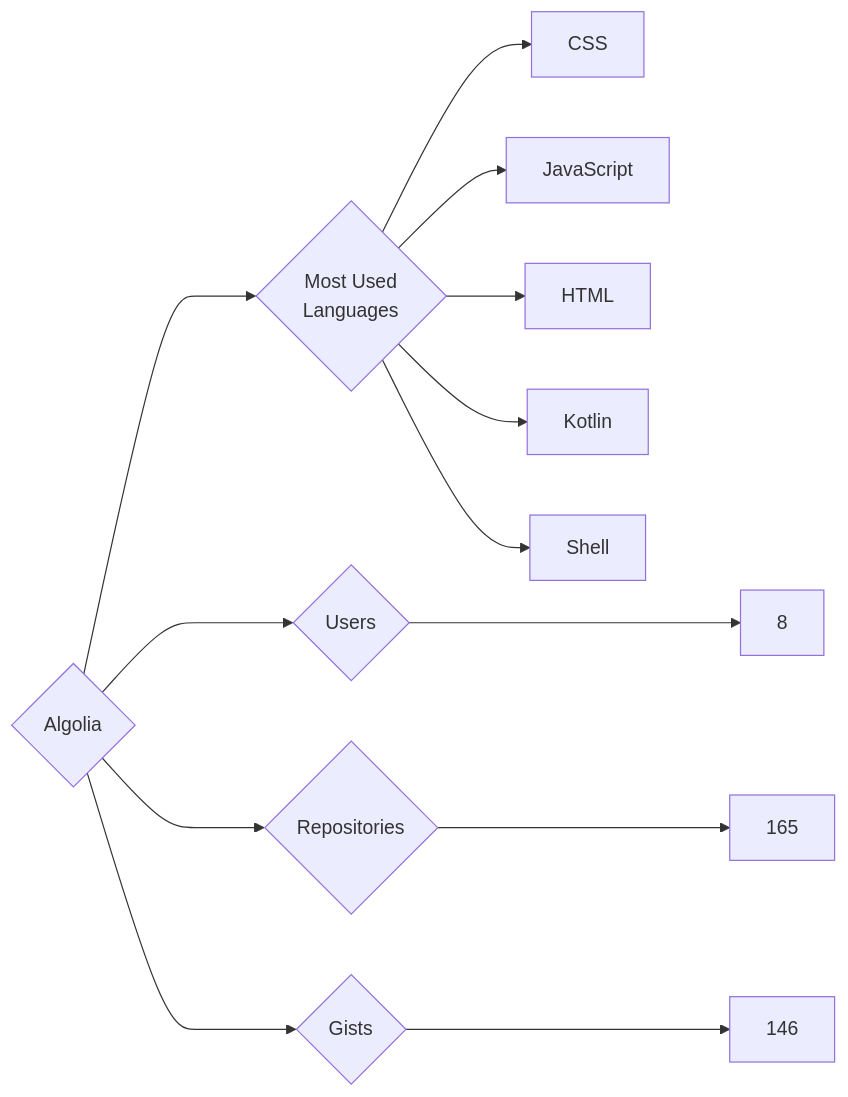
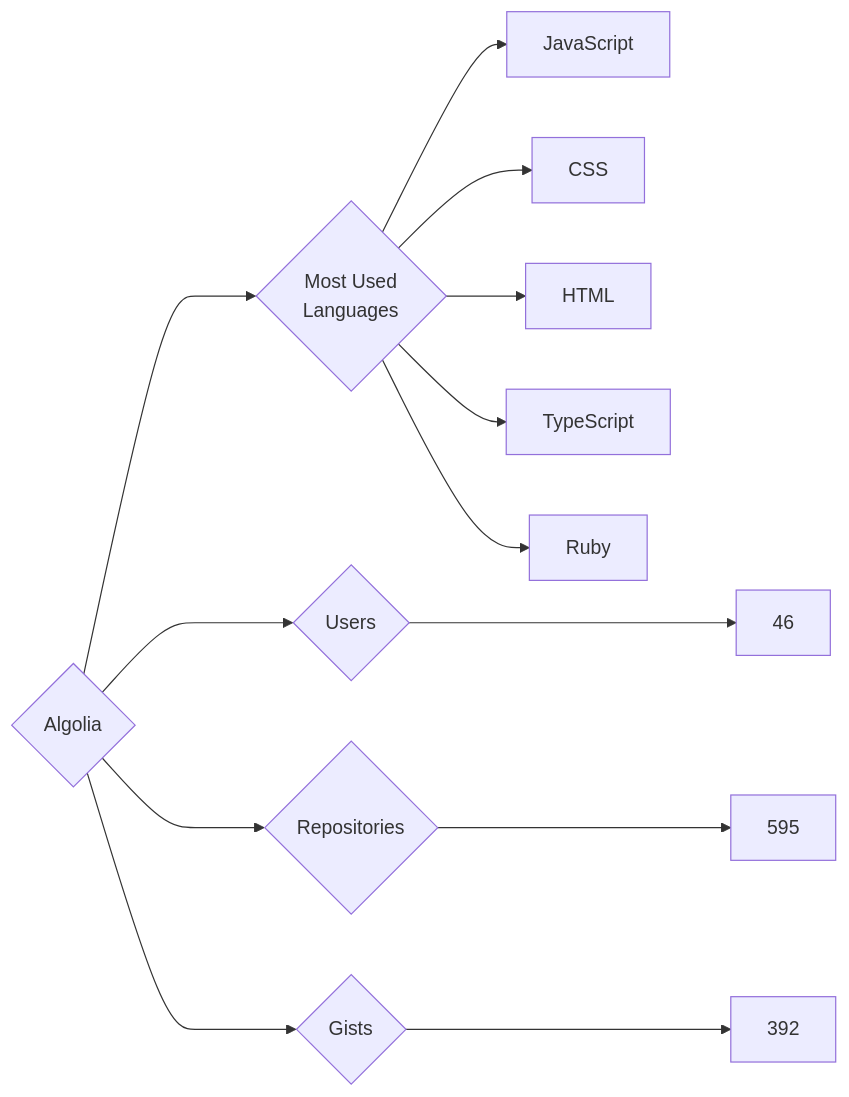
The diagram in targets/Algolia/README.md (trickest/insiders), drawn with Mermaid before and after one commit. The commit also changed 935 other files, not shown here.

````diff
--- a/targets/Algolia/README.md
+++ b/targets/Algolia/README.md
@@ -3,13 +3,13 @@
 ```mermaid
 graph LR
 COMPANY_NAME{Algolia}
-COMPANY_NAME ---> U{Users} ---> UN[8]
-COMPANY_NAME ---> R{Repositories} ---> RN[165]
-COMPANY_NAME ---> G{Gists} ---> GN[146]
+COMPANY_NAME ---> U{Users} ---> UN[46]
+COMPANY_NAME ---> R{Repositories} ---> RN[595]
+COMPANY_NAME ---> G{Gists} ---> GN[392]
 COMPANY_NAME ---> ML{Most Used<br>Languages}
+ML --> JavaScript[JavaScript]
 ML --> CSS[CSS]
-ML --> JavaScript[JavaScript]
 ML --> HTML[HTML]
-ML --> Kotlin[Kotlin]
-ML --> Shell[Shell]
+ML --> TypeScript[TypeScript]
+ML --> Ruby[Ruby]
 ```
````
